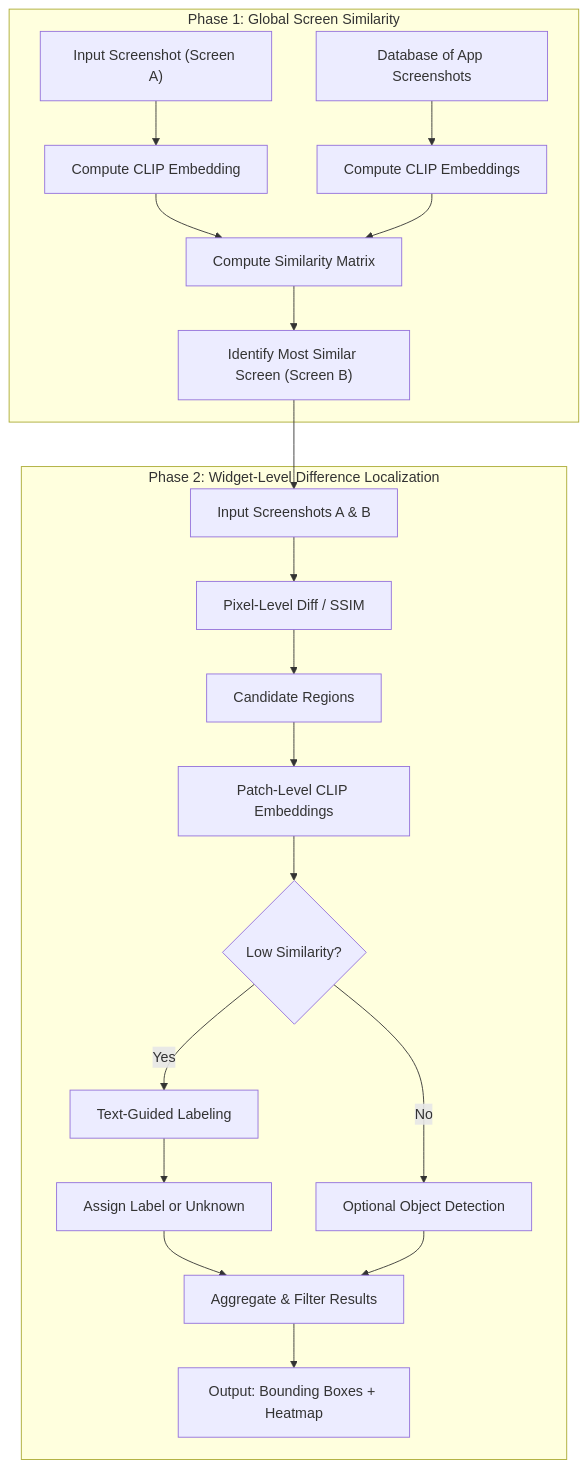
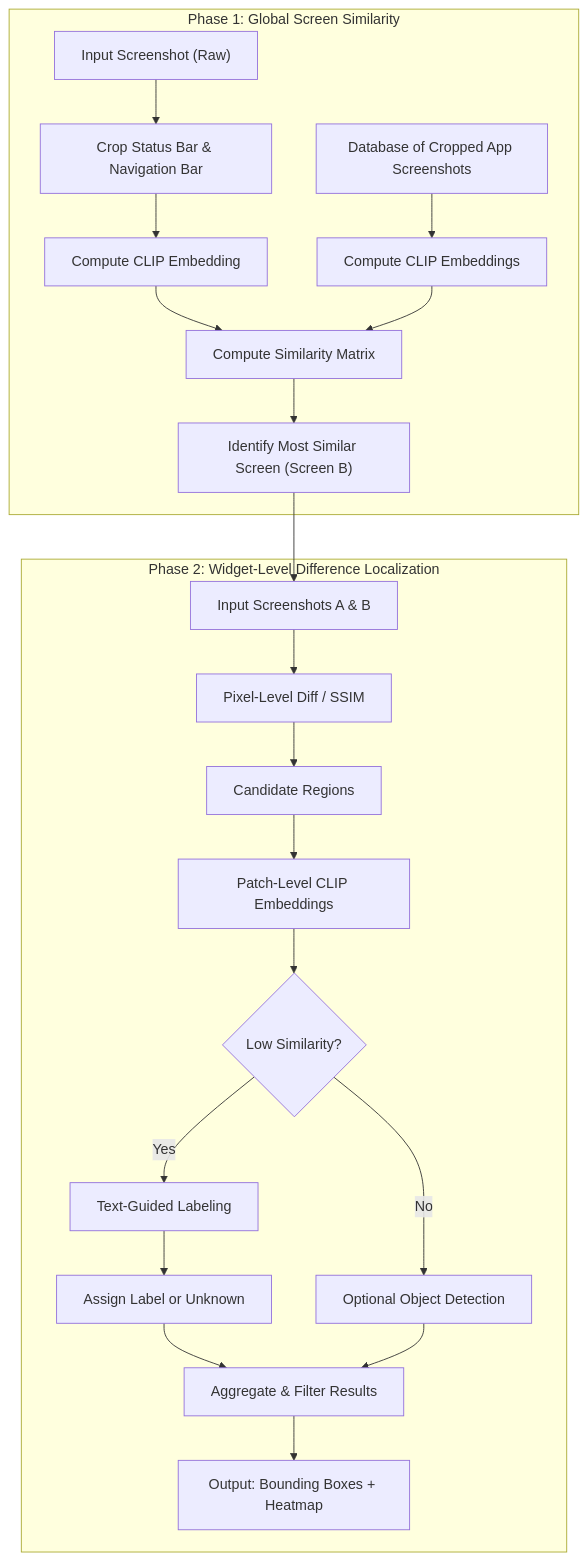
Before and after one commit to cooperfrank/research-phase2: the diagram in README.md, drawn with Mermaid. The commit also changed other lines of this file, not shown here.

Commit message:
Update diagram and include explanation

````diff
--- a/README.md
+++ b/README.md
@@ -12,27 +12,28 @@
 ```mermaid
 graph TD
     %% Phase 1 Section
     subgraph Phase1["Phase 1: Global Screen Similarity"]
-        A1["Input Screenshot (Screen A)"] --> B1["Compute CLIP Embedding"]
-        A2["Database of App Screenshots"] --> B2["Compute CLIP Embeddings"]
+        A0["Input Screenshot (Raw)"] --> A1["Crop Status Bar & Navigation Bar"]
+        A1 --> B1["Compute CLIP Embedding"]
+        A2["Database of Cropped App Screenshots"] --> B2["Compute CLIP Embeddings"]
         B1 --> C1["Compute Similarity Matrix"]
         B2 --> C1
         C1 --> D1["Identify Most Similar Screen (Screen B)"]
     end
 
     %% Phase 2 Section
     subgraph Phase2["Phase 2: Widget-Level Difference Localization"]
         D1 --> A["Input Screenshots A & B"]
         A --> B["Pixel-Level Diff / SSIM"]
         B --> C["Candidate Regions"]
         C --> D["Patch-Level CLIP Embeddings"]
         D --> E{"Low Similarity?"}
         E -->|Yes| F["Text-Guided Labeling"]
         F --> G["Assign Label or Unknown"]
         E -->|No| H["Optional Object Detection"]
         G --> I["Aggregate & Filter Results"]
         H --> I
         I --> J["Output: Bounding Boxes + Heatmap"]
     end
     
 ```
````
